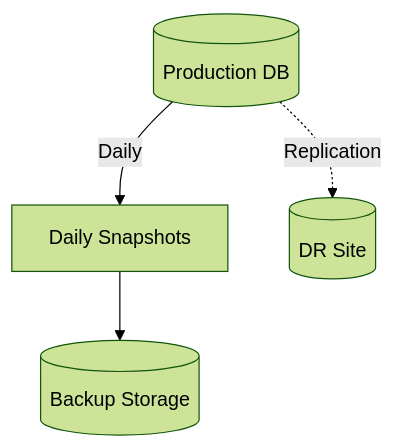
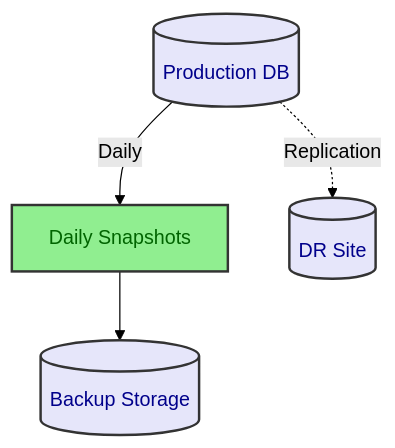
One commit to kasiopeiya/claude-dev-template changed diagram 16 of 18 in .claude/skills/design-doc-mermaid/assets/system-design-template.md. Above: the diagram before and after it, drawn with Mermaid (forest theme). The commit also changed other lines of this file and 5 other files, not shown here.

````diff
--- a/.claude/skills/design-doc-mermaid/assets/system-design-template.md
+++ b/.claude/skills/design-doc-mermaid/assets/system-design-template.md
@@ -610,11 +666,17 @@
 ```mermaid
 graph TB
     Production[(Production DB)]
     Snapshot[Daily Snapshots]
     Backup[(Backup Storage)]
     DR[(DR Site)]
 
     Production -->|Daily| Snapshot
     Snapshot --> Backup
     Production -.Replication.-> DR
+
+    classDef store fill:#E6E6FA,stroke:#333,stroke-width:2px,color:darkblue
+    classDef job fill:#90EE90,stroke:#333,stroke-width:2px,color:darkgreen
+
+    class Production,Backup,DR store
+    class Snapshot job
 ```
````
